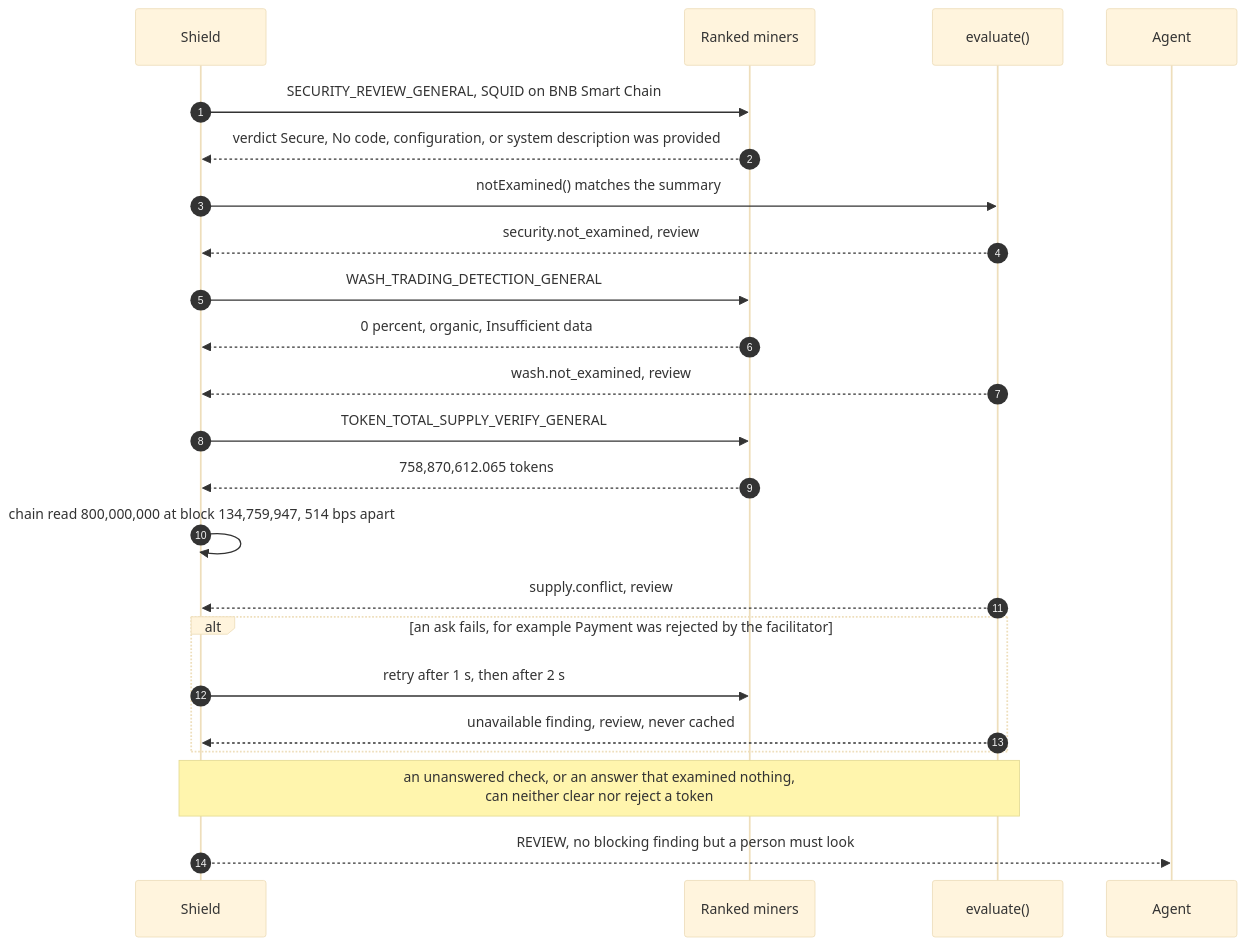
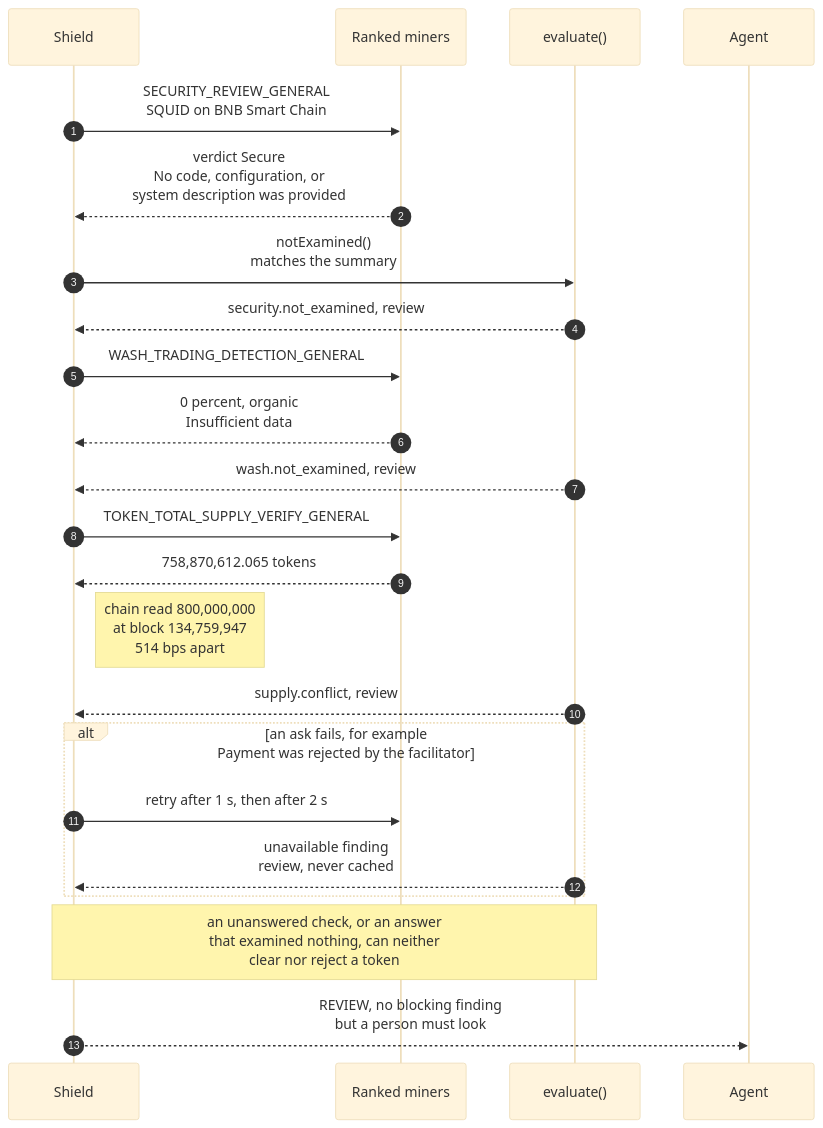
Before and after one commit to mrnetwork0001/Truvian: the sixth of 7 diagrams in README.md, drawn with Mermaid (base theme). The commit also changed other lines of this file, not shown here.

First line of the commit message:
docs: apply the README fact-check and bring it up to main at cf7de92

````diff
--- a/README.md
+++ b/README.md
@@ -233,26 +275,26 @@
 ```mermaid
 sequenceDiagram
   autonumber
   participant S as Shield
   participant M as Ranked miners
   participant E as evaluate()
   participant A as Agent
 
-  S->>M: SECURITY_REVIEW_GENERAL, SQUID on BNB Smart Chain
-  M-->>S: verdict Secure, No code, configuration, or system description was provided
-  S->>E: notExamined() matches the summary
+  S->>M: SECURITY_REVIEW_GENERAL<br/>SQUID on BNB Smart Chain
+  M-->>S: verdict Secure<br/>No code, configuration, or<br/>system description was provided
+  S->>E: notExamined()<br/>matches the summary
   E-->>S: security.not_examined, review
   S->>M: WASH_TRADING_DETECTION_GENERAL
-  M-->>S: 0 percent, organic, Insufficient data
+  M-->>S: 0 percent, organic<br/>Insufficient data
   E-->>S: wash.not_examined, review
   S->>M: TOKEN_TOTAL_SUPPLY_VERIFY_GENERAL
   M-->>S: 758,870,612.065 tokens
-  S->>S: chain read 800,000,000 at block 134,759,947, 514 bps apart
+  Note right of S: chain read 800,000,000<br/>at block 134,759,947<br/>514 bps apart
   E-->>S: supply.conflict, review
-  alt an ask fails, for example Payment was rejected by the facilitator
+  alt an ask fails, for example<br/>Payment was rejected by the facilitator
     S->>M: retry after 1 s, then after 2 s
-    E-->>S: unavailable finding, review, never cached
+    E-->>S: unavailable finding<br/>review, never cached
   end
-  Note over S,E: an unanswered check, or an answer that examined nothing,<br/>can neither clear nor reject a token
-  S-->>A: REVIEW, no blocking finding but a person must look
+  Note over S,E: an unanswered check, or an answer<br/>that examined nothing, can neither<br/>clear nor reject a token
+  S-->>A: REVIEW, no blocking finding<br/>but a person must look
 ```
````
